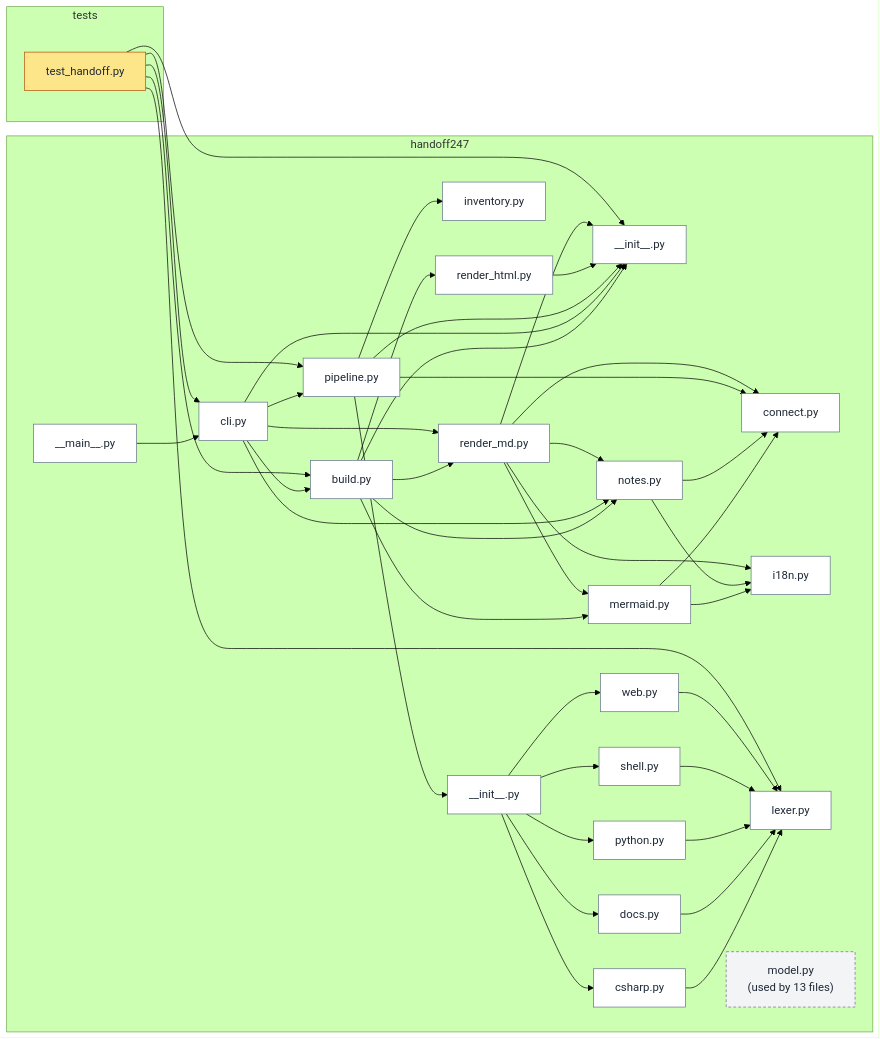
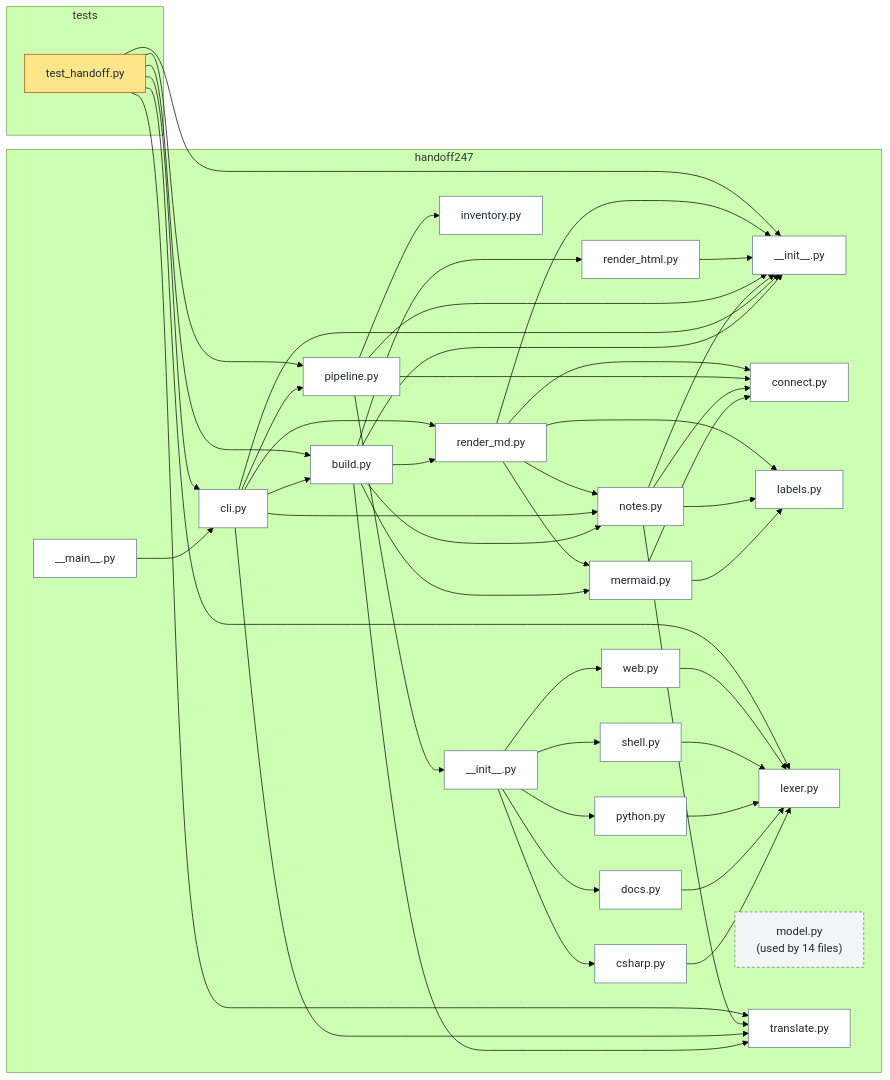
The diagram in docs/handoff/diagrams/code.mmd (unkkyuist/HandOff247), drawn with Mermaid (forest theme) before and after one commit. The commit also changed 46 other files, not shown here.

```diff
--- a/docs/handoff/diagrams/code.mmd
+++ b/docs/handoff/diagrams/code.mmd
@@ -1,76 +1,82 @@
 flowchart LR
   subgraph g1["handoff247"]
     n2["#95;#95;init#95;#95;.py"]:::file
     n3["#95;#95;main#95;#95;.py"]:::file
     n4["#95;#95;init#95;#95;.py"]:::file
     n5["csharp.py"]:::file
     n6["docs.py"]:::file
     n7["python.py"]:::file
     n8["shell.py"]:::file
     n9["web.py"]:::file
     n10["build.py"]:::file
     n11["cli.py"]:::file
     n12["connect.py"]:::file
-    n13["i18n.py"]:::file
-    n14["inventory.py"]:::file
+    n13["inventory.py"]:::file
+    n14["labels.py"]:::file
     n15["lexer.py"]:::file
     n16["mermaid.py"]:::file
-    n17["model.py<br/>(used by 13 files)"]:::hub
+    n17["model.py<br/>(used by 14 files)"]:::hub
     n18["notes.py"]:::file
     n19["pipeline.py"]:::file
     n20["render#95;html.py"]:::file
     n21["render#95;md.py"]:::file
+    n22["translate.py"]:::file
   end
-  subgraph g22["tests"]
-    n23["test#95;handoff.py"]:::entry
+  subgraph g23["tests"]
+    n24["test#95;handoff.py"]:::entry
   end
   n3 --> n11
   n4 --> n5
   n4 --> n6
   n4 --> n7
   n4 --> n8
   n4 --> n9
   n5 --> n15
   n6 --> n15
   n7 --> n15
   n8 --> n15
   n9 --> n15
   n10 --> n2
   n10 --> n16
   n10 --> n18
   n10 --> n20
   n10 --> n21
+  n10 --> n22
   n11 --> n2
   n11 --> n10
   n11 --> n18
   n11 --> n19
   n11 --> n21
+  n11 --> n22
   n16 --> n12
-  n16 --> n13
+  n16 --> n14
+  n18 --> n2
   n18 --> n12
-  n18 --> n13
+  n18 --> n14
+  n18 --> n22
   n19 --> n2
   n19 --> n4
   n19 --> n12
-  n19 --> n14
+  n19 --> n13
   n20 --> n2
   n21 --> n2
   n21 --> n12
-  n21 --> n13
+  n21 --> n14
   n21 --> n16
   n21 --> n18
-  n23 --> n2
-  n23 --> n10
-  n23 --> n11
-  n23 --> n15
-  n23 --> n19
+  n24 --> n2
+  n24 --> n10
+  n24 --> n11
+  n24 --> n15
+  n24 --> n19
+  n24 --> n22
   classDef entry fill:#fde68a,stroke:#b45309,color:#1f2937
   classDef launcher fill:#e0e7ff,stroke:#4338ca,color:#1f2937
   classDef mode fill:#dcfce7,stroke:#15803d,color:#1f2937
   classDef iface fill:#cffafe,stroke:#0e7490,color:#1f2937
   classDef table fill:#fce7f3,stroke:#be185d,color:#1f2937
   classDef hub fill:#f3f4f6,stroke:#6b7280,color:#1f2937,stroke-dasharray:4 3
   classDef data fill:#fef3c7,stroke:#92400e,color:#1f2937
   classDef ext fill:#ffffff,stroke:#9ca3af,color:#374151,stroke-dasharray:2 2
   classDef test fill:#ede9fe,stroke:#6d28d9,color:#1f2937
   classDef file fill:#ffffff,stroke:#64748b,color:#1f2937
```
